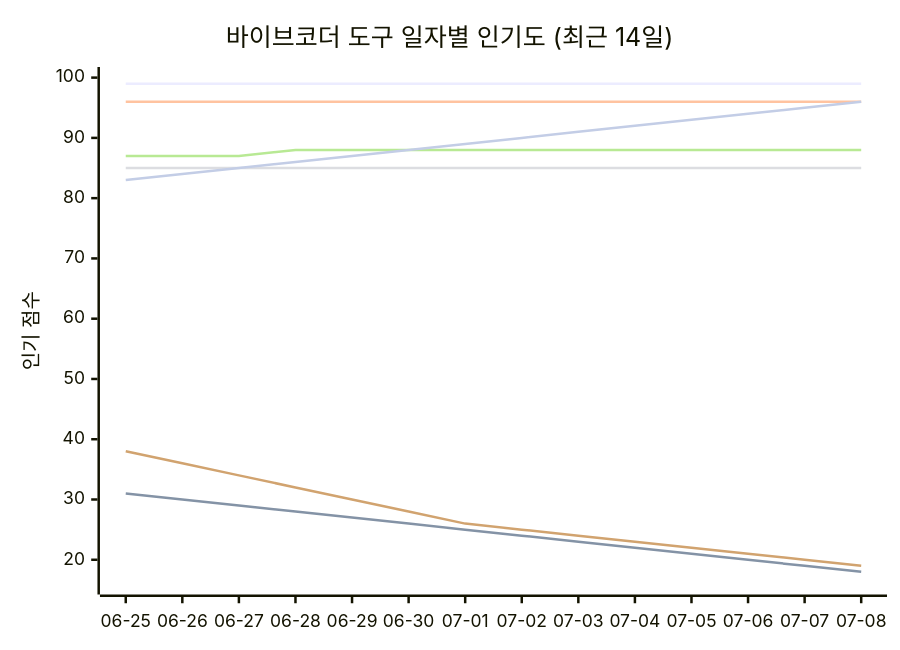
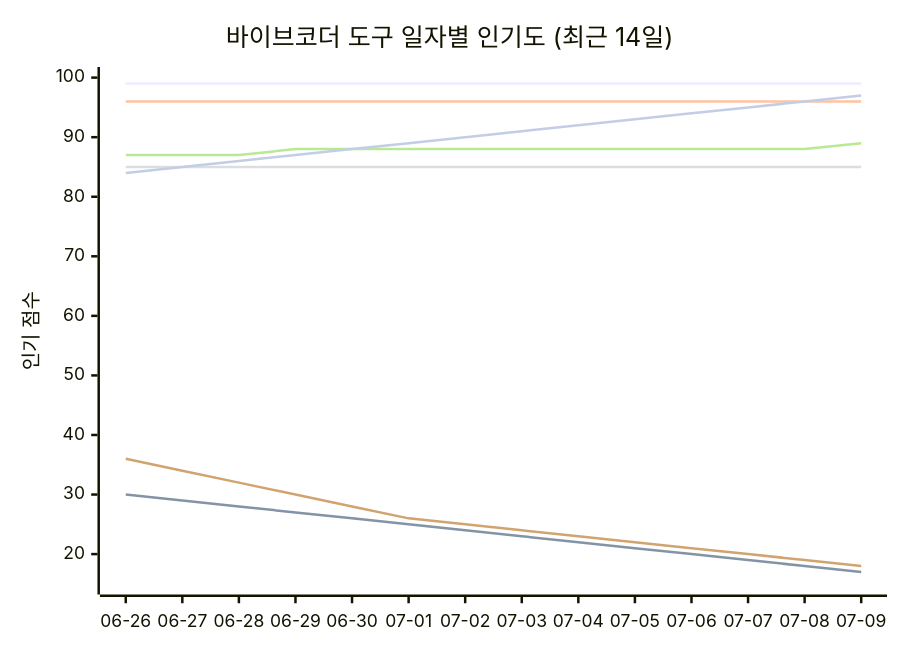
The seventh of 11 diagrams in README_ko.md (tykimos/ai-whatchelin), drawn with Mermaid before and after one commit. The commit also changed other lines of this file and 4 other files, not shown here.

````diff
--- a/README_ko.md
+++ b/README_ko.md
@@ -1888,13 +1895,13 @@
 ```mermaid
 xychart-beta
     title "바이브코더 도구 일자별 인기도 (최근 14일)"
-    x-axis ["06-25", "06-26", "06-27", "06-28", "06-29", "06-30", "07-01", "07-02", "07-03", "07-04", "07-05", "07-06", "07-07", "07-08"]
-    y-axis "인기 점수" 16 --> 100
+    x-axis ["06-26", "06-27", "06-28", "06-29", "06-30", "07-01", "07-02", "07-03", "07-04", "07-05", "07-06", "07-07", "07-08", "07-09"]
+    y-axis "인기 점수" 15 --> 100
     line "Claude Code" [99, 99, 99, 99, 99, 99, 99, 99, 99, 99, 99, 99, 99, 99]
-    line "GH Copilot" [31, 30, 29, 28, 27, 26, 25, 24, 23, 22, 21, 20, 19, 18]
+    line "GH Copilot" [30, 29, 28, 27, 26, 25, 24, 23, 22, 21, 20, 19, 18, 17]
     line "Cursor" [96, 96, 96, 96, 96, 96, 96, 96, 96, 96, 96, 96, 96, 96]
     line "Windsurf" [85, 85, 85, 85, 85, 85, 85, 85, 85, 85, 85, 85, 85, 85]
-    line "Codex CLI" [87, 87, 87, 88, 88, 88, 88, 88, 88, 88, 88, 88, 88, 88]
-    line "Gemini CLI" [38, 36, 34, 32, 30, 28, 26, 25, 24, 23, 22, 21, 20, 19]
-    line "Antigravity" [83, 84, 85, 86, 87, 88, 89, 90, 91, 92, 93, 94, 95, 96]
+    line "Codex CLI" [87, 87, 87, 88, 88, 88, 88, 88, 88, 88, 88, 88, 88, 89]
+    line "Gemini CLI" [36, 34, 32, 30, 28, 26, 25, 24, 23, 22, 21, 20, 19, 18]
+    line "Antigravity" [84, 85, 86, 87, 88, 89, 90, 91, 92, 93, 94, 95, 96, 97]
 ```
````
